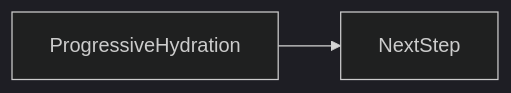
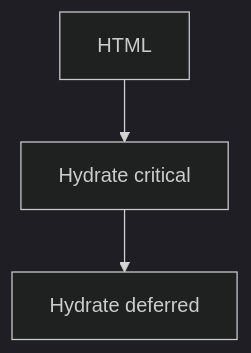
One commit to OmidJavaherii/Frontend-Engineering-Handbook changed the second of 2 diagrams in docs/en/12-rendering/progressive-hydration/index.md. Above: the diagram before and after it, drawn with Mermaid (dark theme). The commit also changed other lines of this file and 461 other files, not shown here.

````diff
--- a/docs/en/12-rendering/progressive-hydration/index.md
+++ b/docs/en/12-rendering/progressive-hydration/index.md
@@ -95,4 +107,5 @@
 ```mermaid
-flowchart LR
-  concept[ProgressiveHydration] --> nextStep[NextStep]
+flowchart TD
+  HTML --> Crit[Hydrate critical]
+  Crit --> Idle[Hydrate deferred]
 ```
````
